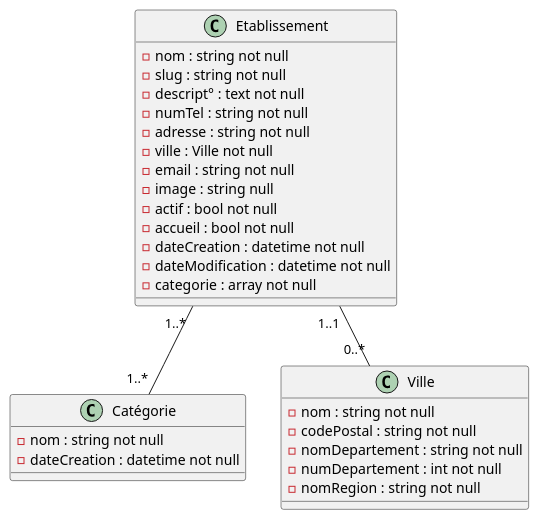
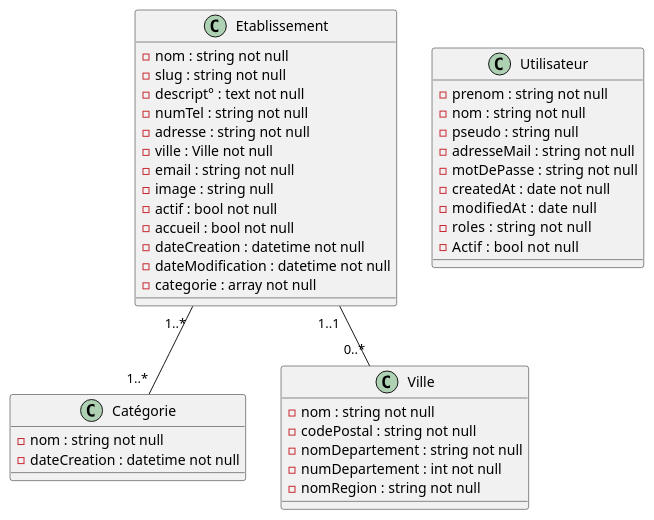
The diagram in documentation/Diagramme de classe.puml (DUTREUXAlexis/FC_TourismeBts), drawn with PlantUML before and after one commit. The commit also changed 26 other files, not shown here.

```diff
--- a/documentation/Diagramme de classe.puml
+++ b/documentation/Diagramme de classe.puml
@@ -1,46 +1,60 @@
 @startuml
 'https://plantuml.com/class-diagram
 
 
 class Catégorie {
 
 -nom : string not null
 -dateCreation : datetime not null
 
 }
+
+class Utilisateur
+{
+-prenom : string not null
+-nom : string not null
+-pseudo : string null
+-adresseMail : string not null
+-motDePasse : string not null
+-createdAt : date not null
+-modifiedAt :  date null
+-roles :  string not null
+-Actif :  bool not null
+}
+
 
 class Ville {
 
 -nom : string not null
 -codePostal : string not null
 -nomDepartement : string not null
 -numDepartement : int not null
 -nomRegion : string not null
 
 }
 
 class Etablissement {
 
 -nom : string not null
 -slug : string not null
 -descript° : text not null
 -numTel : string not null
 -adresse : string not null
 -ville : Ville not null
 -email : string not null
 -image : string null
 -actif : bool not null
 -accueil : bool not null
 -dateCreation : datetime not null
 -dateModification : datetime not null
 -categorie : array not null
 
 }
 
 
 
 
 
 Etablissement "1..* " -- "1..* " Catégorie
 Etablissement "1..1 "-- "0..*"Ville
 @enduml
```
